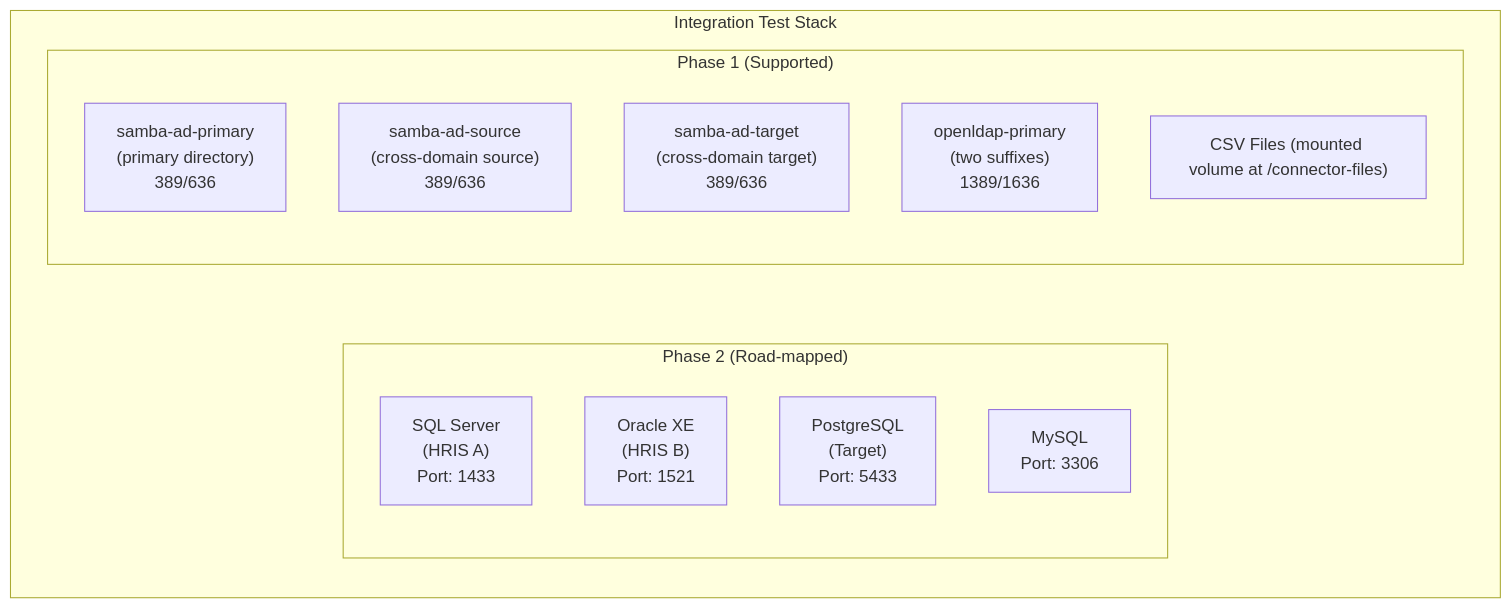
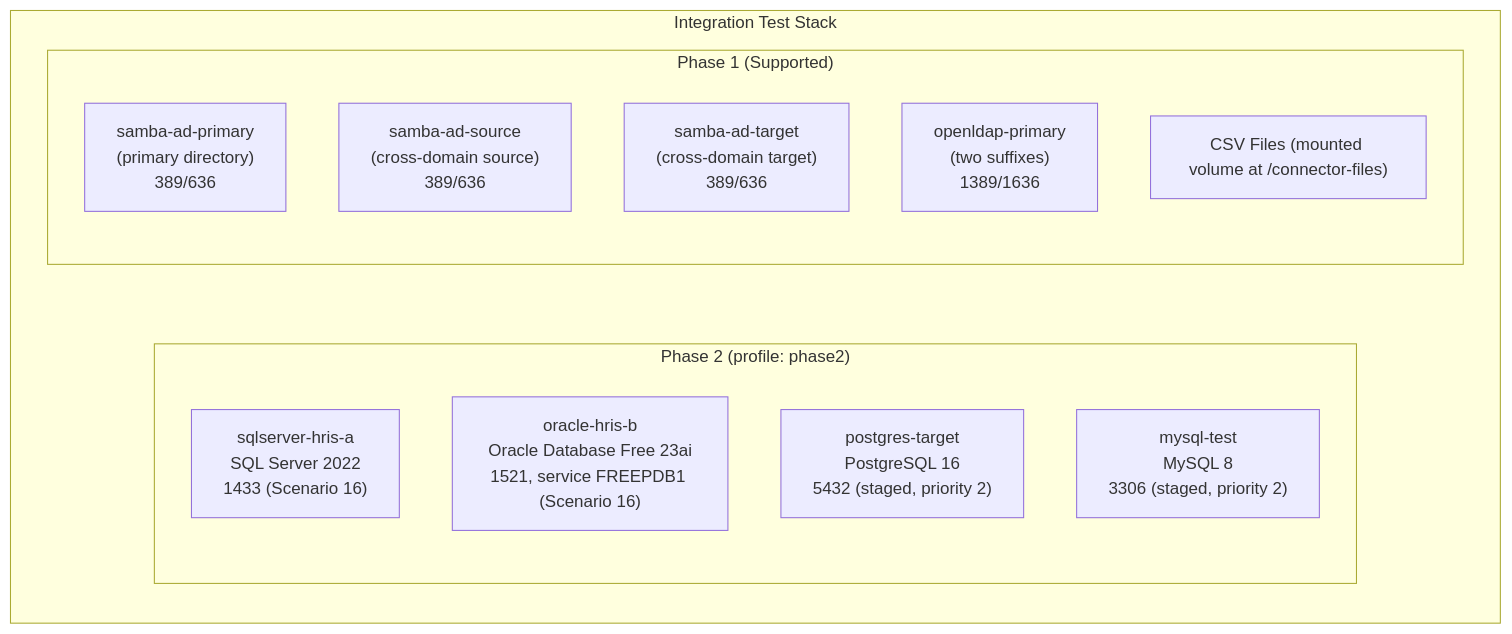
Before and after one commit to TetronIO/JIM: the second of 2 diagrams in engineering/INTEGRATION_TESTING.md, drawn with Mermaid. The commit also changed other lines of this file and 2 other files, not shown here.

````diff
--- a/engineering/INTEGRATION_TESTING.md
+++ b/engineering/INTEGRATION_TESTING.md
@@ -314,22 +320,22 @@
 ```mermaid
 flowchart TB
     subgraph Stack["Integration Test Stack"]
         direction TB
         subgraph P1["Phase 1 (Supported)"]
             direction TB
             P1A["samba-ad-primary<br/>(primary directory)<br/>389/636"]
             P1B["samba-ad-source<br/>(cross-domain source)<br/>389/636"]
             P1C["samba-ad-target<br/>(cross-domain target)<br/>389/636"]
             P1D["openldap-primary<br/>(two suffixes)<br/>1389/1636"]
             CSV["CSV Files (mounted volume at /connector-files)"]
         end
-        subgraph P2["Phase 2 (Road-mapped)"]
+        subgraph P2["Phase 2 (profile: phase2)"]
             direction TB
-            P2A["SQL Server<br/>(HRIS A)<br/>Port: 1433"]
-            P2B["Oracle XE<br/>(HRIS B)<br/>Port: 1521"]
-            P2C["PostgreSQL<br/>(Target)<br/>Port: 5433"]
-            P2E["MySQL<br/>Port: 3306"]
+            P2A["sqlserver-hris-a<br/>SQL Server 2022<br/>1433 (Scenario 16)"]
+            P2B["oracle-hris-b<br/>Oracle Database Free 23ai<br/>1521, service FREEPDB1 (Scenario 16)"]
+            P2C["postgres-target<br/>PostgreSQL 16<br/>5432 (staged, priority 2)"]
+            P2E["mysql-test<br/>MySQL 8<br/>3306 (staged, priority 2)"]
         end
         P1 ~~~ P2
     end
 ```
````
